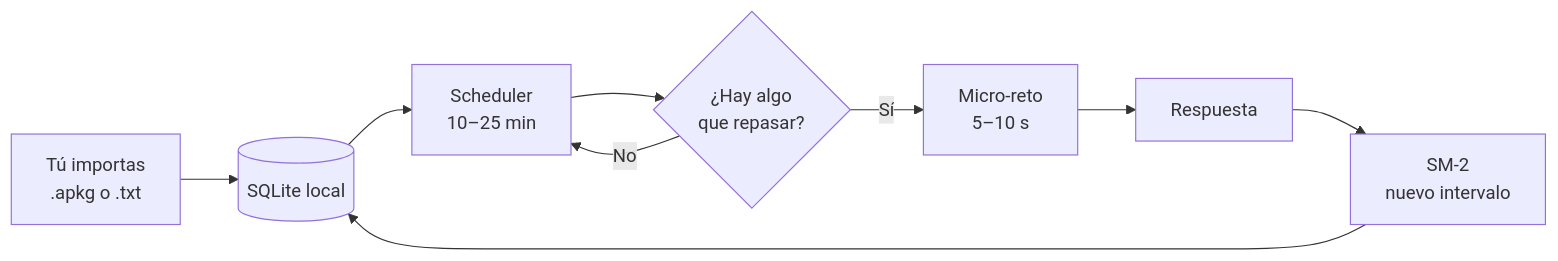
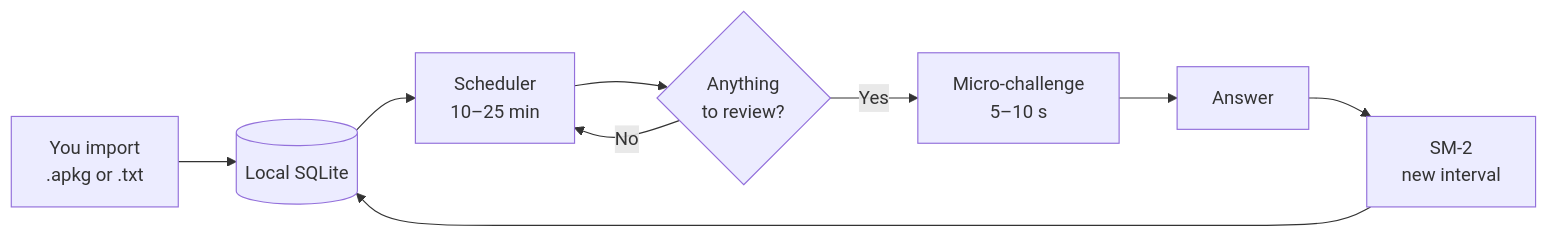
The diagram in README.md (JavierOrtunoRoig/kotoba), drawn with Mermaid before and after one commit. The commit also changed other lines of this file and 36 other files, not shown here.

````diff
--- a/README.md
+++ b/README.md
@@ -103,11 +103,11 @@
 ```mermaid
 flowchart LR
-    A[Tú importas<br/>.apkg o .txt] --> B[(SQLite local)]
+    A[You import<br/>.apkg or .txt] --> B[(Local SQLite)]
     B --> C[Scheduler<br/>10–25 min]
-    C --> D{¿Hay algo<br/>que repasar?}
+    C --> D{Anything<br/>to review?}
     D -- No --> C
-    D -- Sí --> E[Micro-reto<br/>5–10 s]
-    E --> F[Respuesta]
-    F --> G[SM-2<br/>nuevo intervalo]
+    D -- Yes --> E[Micro-challenge<br/>5–10 s]
+    E --> F[Answer]
+    F --> G[SM-2<br/>new interval]
     G --> B
 ```
````
